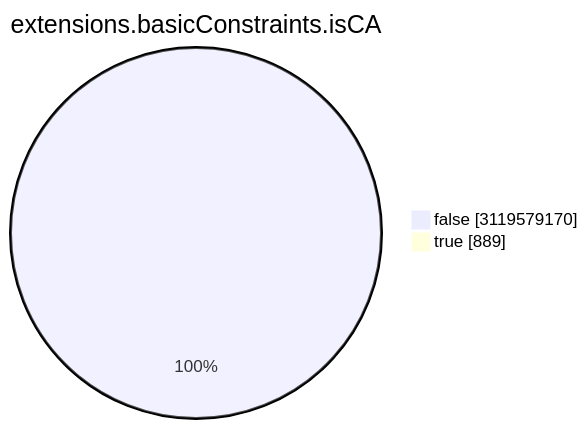
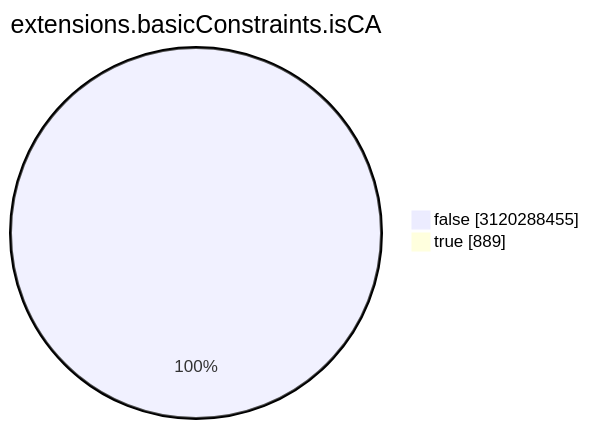
Before and after one commit to christiankrug/ctmonitor_visualization: the seventh of 15 diagrams in TOTAL/README.md, drawn with Mermaid. The commit also changed other lines of this file, not shown here.

````diff
--- a/TOTAL/README.md
+++ b/TOTAL/README.md
@@ -3088,6 +3088,6 @@
 ```mermaid
 pie showData
 title extensions.basicConstraints.isCA
-"false" :3119579170
+"false" :3120288455
 "true" :889
 ```
````
